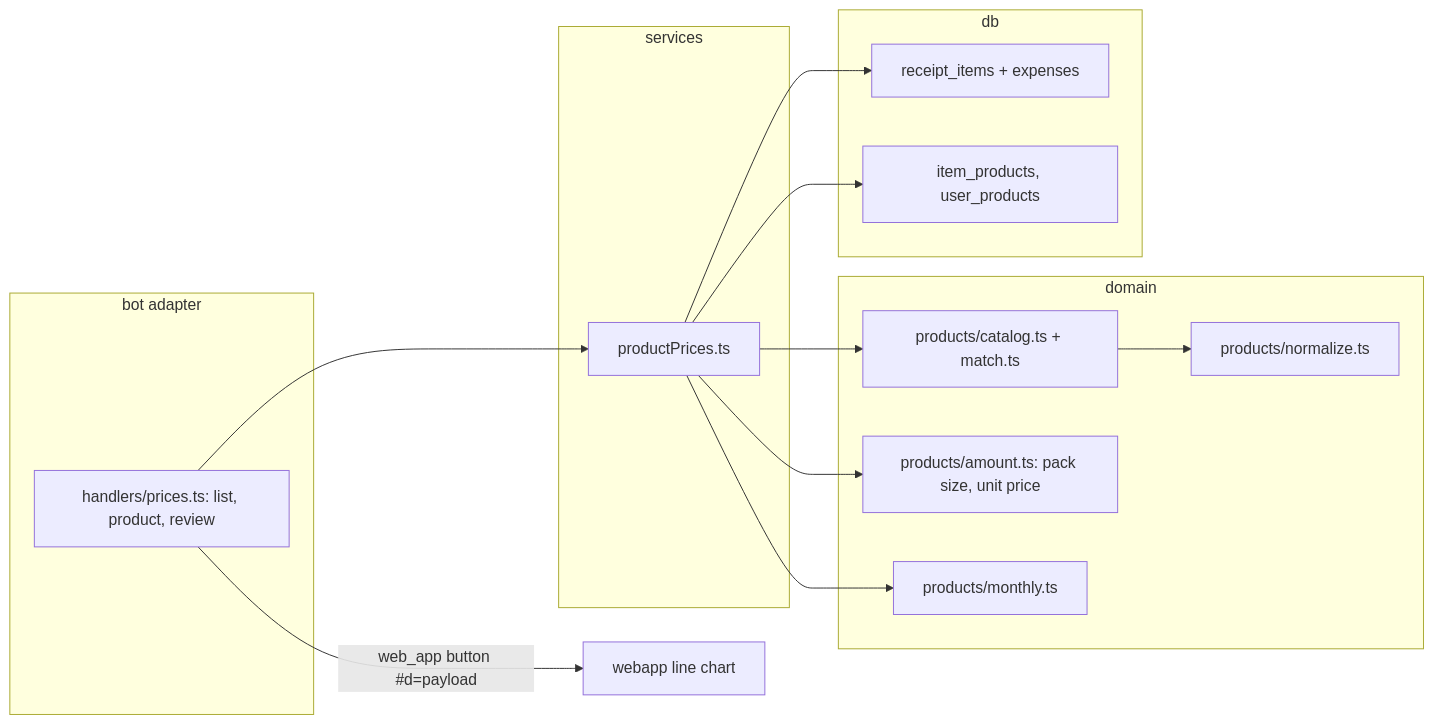
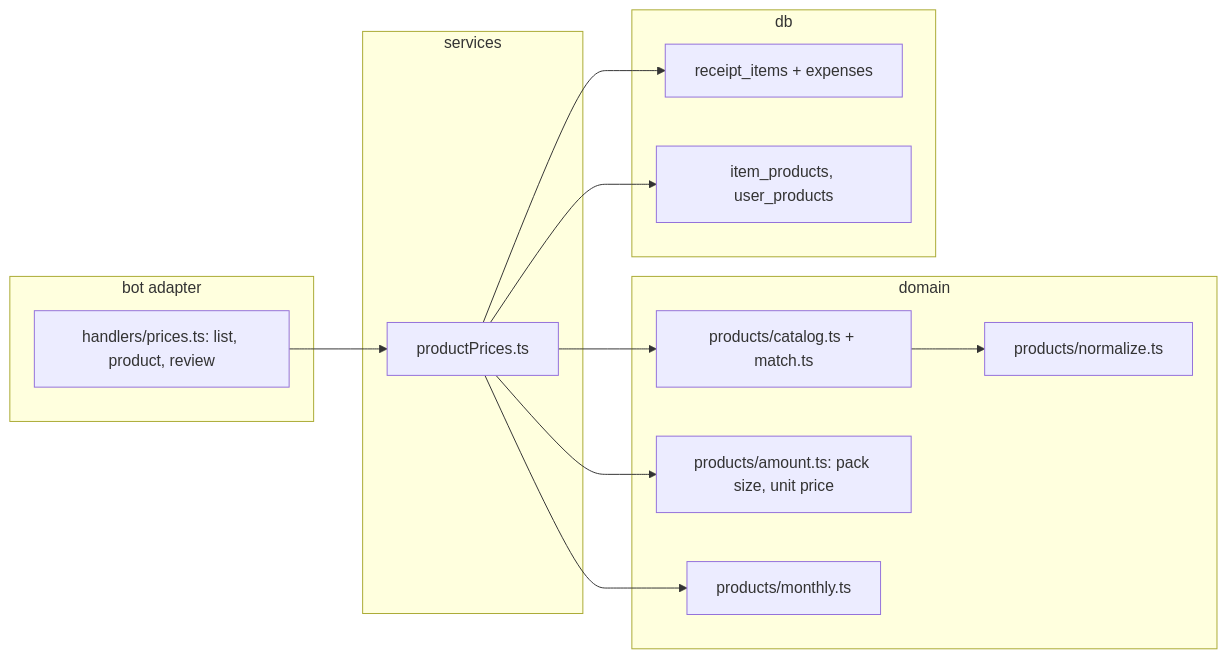
Before and after one commit to IgorKonovalov/personal_expenses_bot: the diagram in docs/plans/0036-product-prices-across-months.md, drawn with Mermaid. The commit also changed other lines of this file and 1 other file, not shown here.

First line of the commit message:
docs(plans): split the price chart out of plan 0036

````diff
--- a/docs/plans/0036-product-prices-across-months.md
+++ b/docs/plans/0036-product-prices-across-months.md
@@ -41,27 +39,26 @@
 ```mermaid
 flowchart LR
     subgraph bot[bot adapter]
       P[handlers/prices.ts: list, product, review]
     end
     subgraph services
       S[productPrices.ts]
     end
     subgraph domain
       N[products/normalize.ts]
       C[products/catalog.ts + match.ts]
       Q[products/amount.ts: pack size, unit price]
       A[products/monthly.ts]
     end
     subgraph db
       I[receipt_items + expenses]
       O[item_products, user_products]
     end
     P --> S
     S --> I
     S --> O
     S --> C
     C --> N
     S --> Q
     S --> A
-    P -- web_app button #d=payload --> W[webapp line chart]
 ```
````
